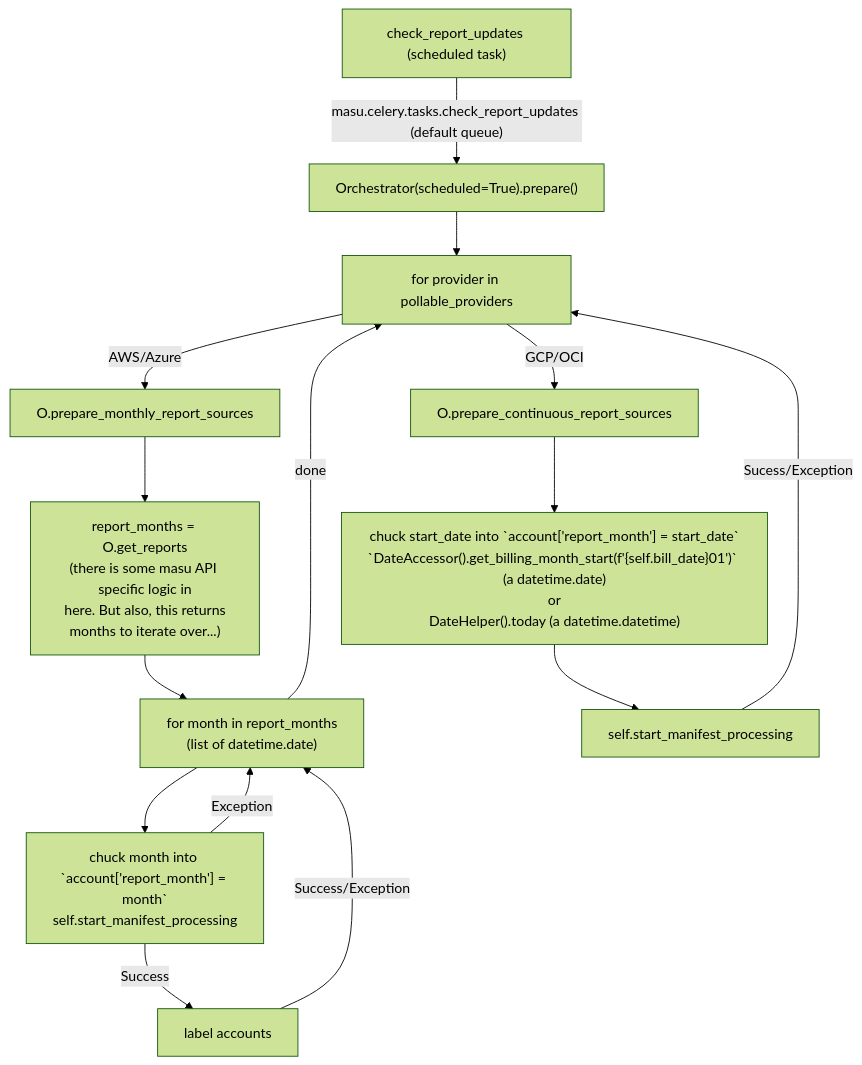
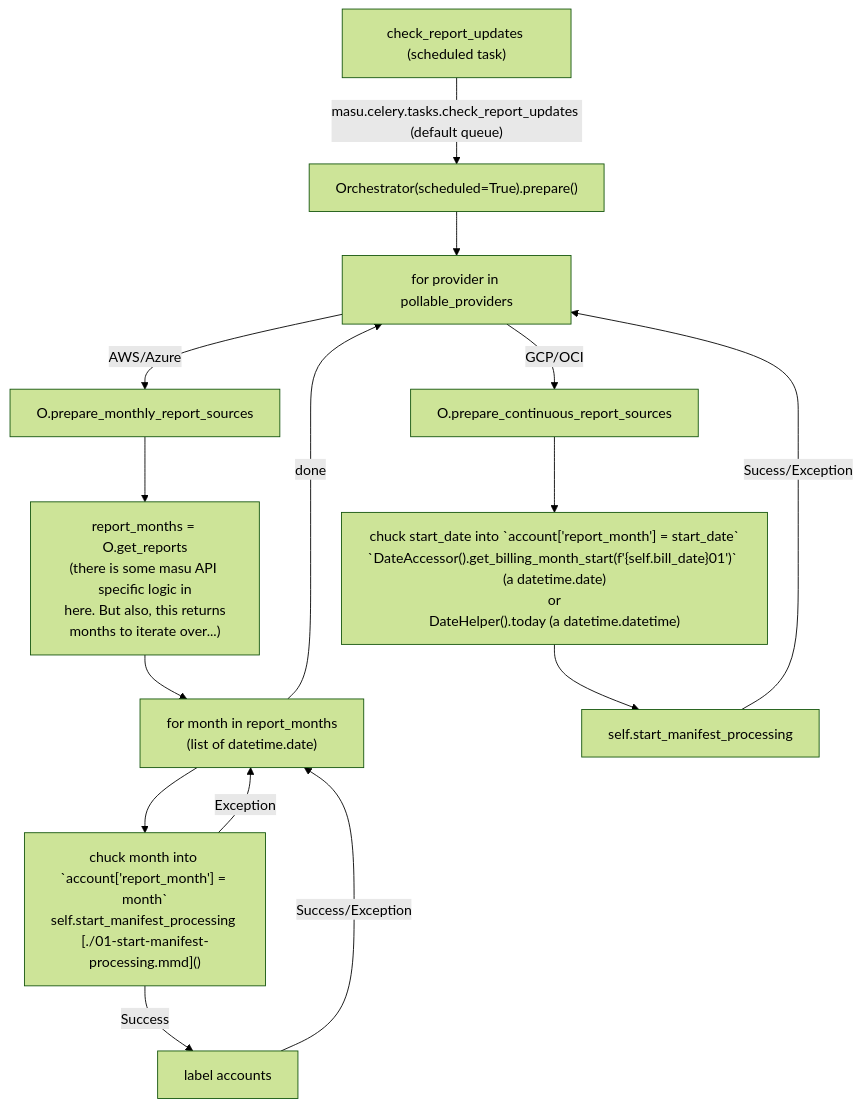
Before and after one commit to project-koku/koku: the diagram in docs/flowcharts/00-check-report-updates.md, drawn with Mermaid (forest theme).

Commit message:
add the link back

````diff
--- a/docs/flowcharts/00-check-report-updates.md
+++ b/docs/flowcharts/00-check-report-updates.md
@@ -1,19 +1,20 @@
 ```mermaid
+
 graph
-    A["check_report_updates (scheduled task)"] -->|"masu.celery.tasks.check_report_updates (default queue)"| B["Orchestrator(scheduled=True).prepare()"];
-    B --> b[for provider in pollable_providers];
-    b -->|AWS/Azure| C[O.prepare_monthly_report_sources];
-    C --> E["report_months = O.get_reports\n(there is some masu API specific logic in\nhere. But also, this returns\nmonths to iterate over...)"];
-    E --> F["for month in report_months\n(list of datetime.date)"];
-    F --> G["chuck month into `account['report_month'] = month`\nself.start_manifest_processing"];
-    G -->|Success| H[label accounts];
-    H -->|Success/Exception| F;
-    G -->|Exception| F;
-    F -->|done| b;
+    A["check_report_updates (scheduled task)"] -->|"masu.celery.tasks.check_report_updates (default queue)"| B["Orchestrator(scheduled=True).prepare()"]
+    B --> b[for provider in pollable_providers]
+    b -->|AWS/Azure| C[O.prepare_monthly_report_sources]
+    C --> E["report_months = O.get_reports\n(there is some masu API specific logic in\nhere. But also, this returns\nmonths to iterate over...)"]
+    E --> F["for month in report_months\n(list of datetime.date)"]
+    F --> G["chuck month into `account['report_month'] = month`\nself.start_manifest_processing [./01-start-manifest-processing.mmd]()"]
+    G -->|Success| H[label accounts]
+    H -->|Success/Exception| F
+    G -->|Exception| F
+    F -->|done| b
 
 
-    b -->|GCP/OCI| D[O.prepare_continuous_report_sources];
-    D --> I["chuck start_date into `account['report_month'] = start_date`\n`DateAccessor().get_billing_month_start(f'{self.bill_date}01')` (a datetime.date)\nor\nDateHelper().today (a datetime.datetime)"];
-    I --> J[self.start_manifest_processing];
-    J -->|Sucess/Exception| b;
+    b -->|GCP/OCI| D[O.prepare_continuous_report_sources]
+    D --> I["chuck start_date into `account['report_month'] = start_date`\n`DateAccessor().get_billing_month_start(f'{self.bill_date}01')` (a datetime.date)\nor\nDateHelper().today (a datetime.datetime)"]
+    I --> J[self.start_manifest_processing]
+    J -->|Sucess/Exception| b
 ```
````
